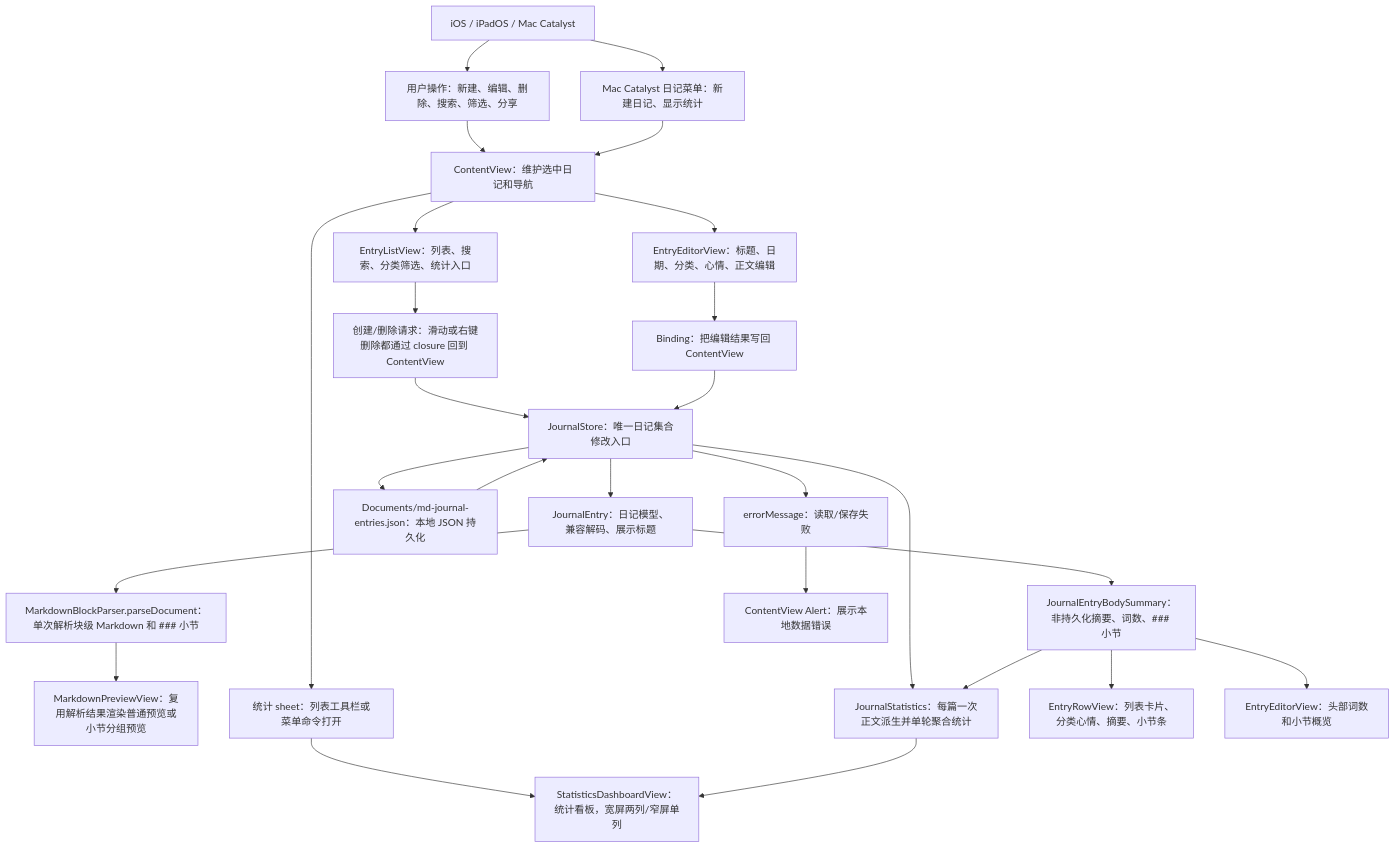
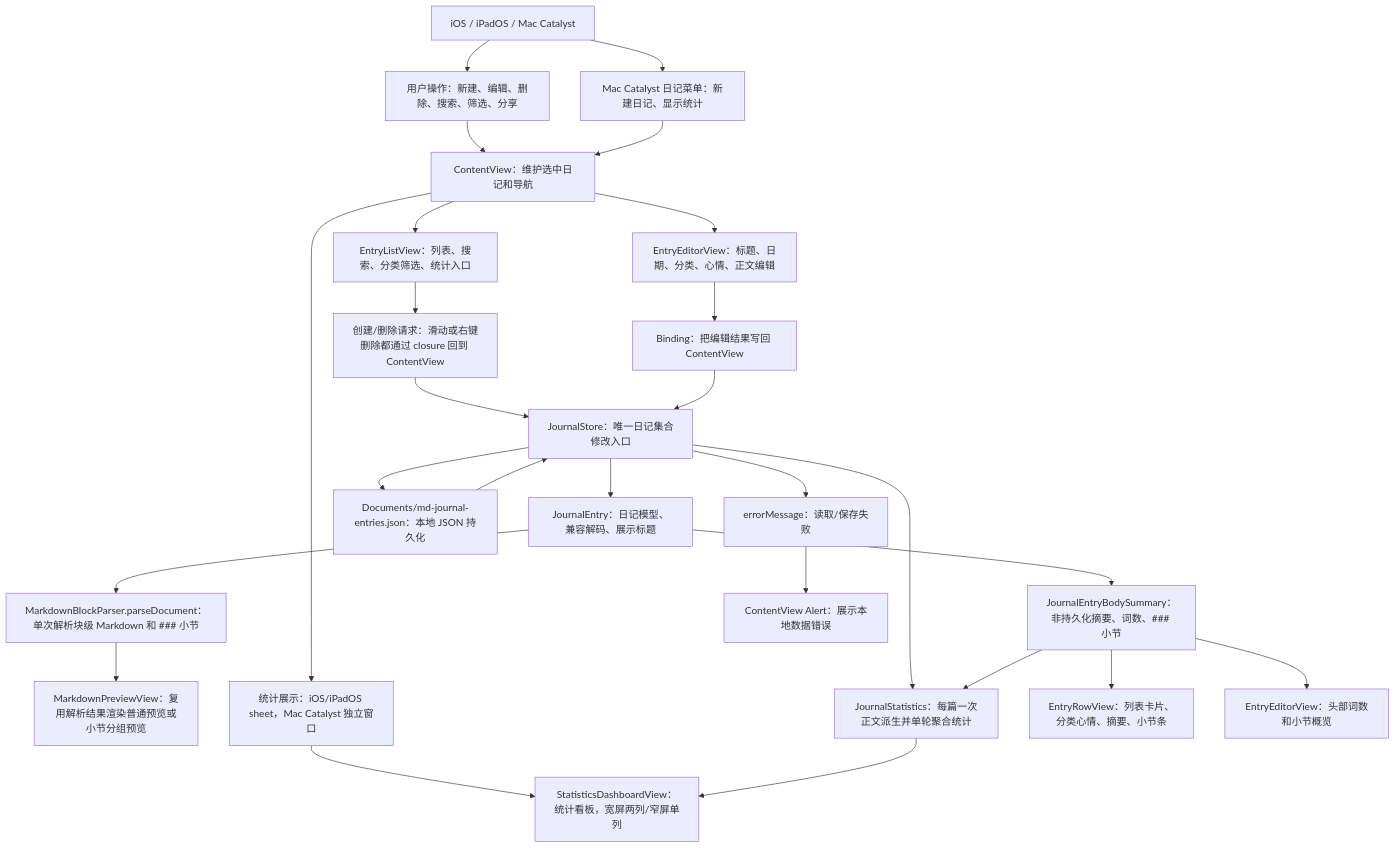
One commit to Altman-sam114/117 changed the first of 5 diagrams in md/flow/flowchart.md. Above: the diagram before and after it, drawn with Mermaid. The commit also changed other lines of this file and 9 other files, not shown here.

````diff
--- a/md/flow/flowchart.md
+++ b/md/flow/flowchart.md
@@ -9,28 +9,28 @@
 ```mermaid
 flowchart TD
   Platform["iOS / iPadOS / Mac Catalyst"] --> User["用户操作：新建、编辑、删除、搜索、筛选、分享"]
   Platform --> Menu["Mac Catalyst 日记菜单：新建日记、显示统计"]
   User --> CV["ContentView：维护选中日记和导航"]
   Menu --> CV
   CV --> List["EntryListView：列表、搜索、分类筛选、统计入口"]
   CV --> Editor["EntryEditorView：标题、日期、分类、心情、正文编辑"]
   List --> CreateDelete["创建/删除请求：滑动或右键删除都通过 closure 回到 ContentView"]
   Editor --> Binding["Binding<JournalEntry>：把编辑结果写回 ContentView"]
   CreateDelete --> Store["JournalStore：唯一日记集合修改入口"]
   Binding --> Store
   Store --> Model["JournalEntry：日记模型、兼容解码、展示标题"]
   Store --> JSON["Documents/md-journal-entries.json：本地 JSON 持久化"]
   JSON --> Store
   Model --> Summary["JournalEntryBodySummary：非持久化摘要、词数、### 小节"]
   Model --> Parser["MarkdownBlockParser.parseDocument：单次解析块级 Markdown 和 ### 小节"]
   Parser --> Preview["MarkdownPreviewView：复用解析结果渲染普通预览或小节分组预览"]
   Store --> Stats["JournalStatistics：每篇一次正文派生并单轮聚合统计"]
-  CV --> StatsSheet["统计 sheet：列表工具栏或菜单命令打开"]
-  StatsSheet --> Dashboard["StatisticsDashboardView：统计看板，宽屏两列/窄屏单列"]
+  CV --> StatsSurface["统计展示：iOS/iPadOS sheet，Mac Catalyst 独立窗口"]
+  StatsSurface --> Dashboard["StatisticsDashboardView：统计看板，宽屏两列/窄屏单列"]
   Stats --> Dashboard
   Summary --> Row["EntryRowView：列表卡片、分类心情、摘要、小节条"]
   Summary --> EditorStats["EntryEditorView：头部词数和小节概览"]
   Summary --> Stats
   Store --> Error["errorMessage：读取/保存失败"]
   Error --> Alert["ContentView Alert：展示本地数据错误"]
 ```
````
